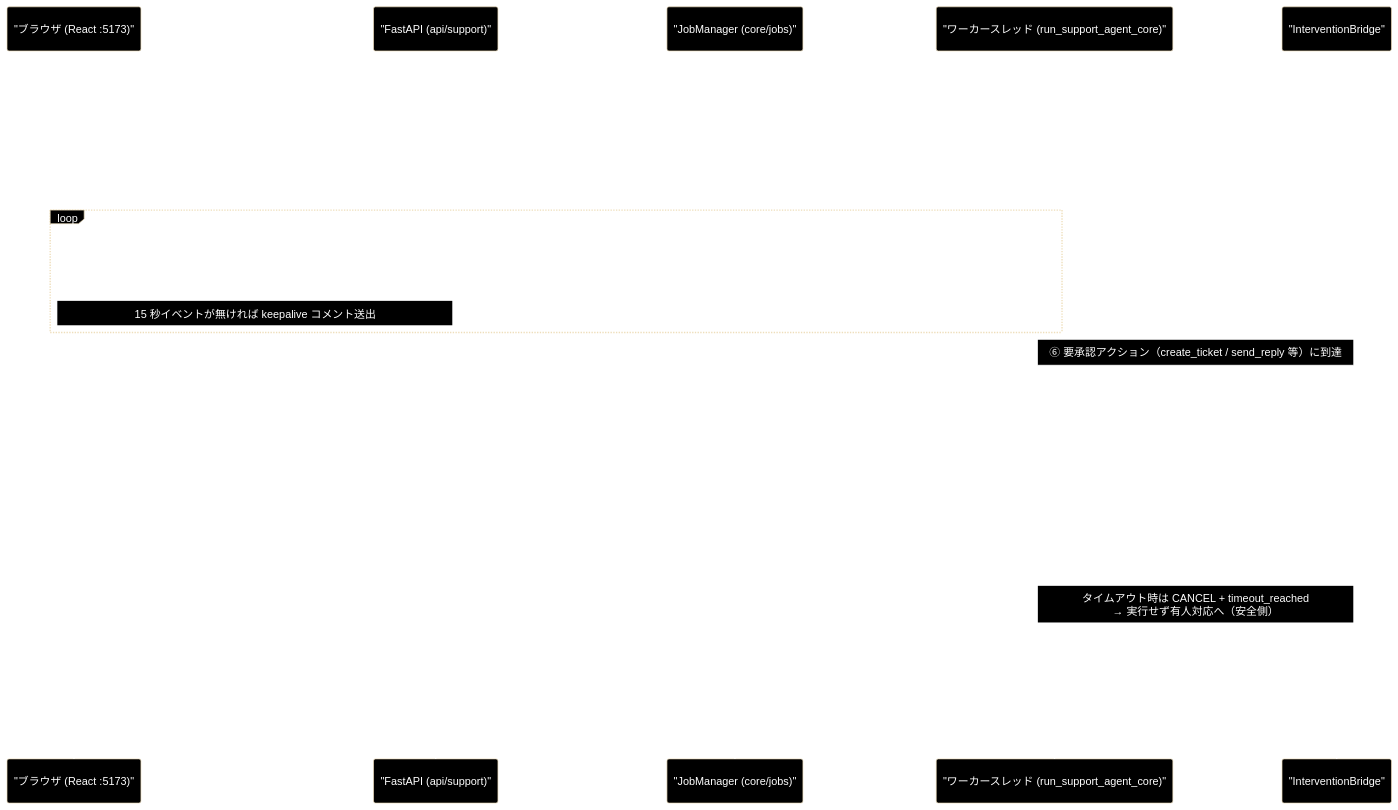
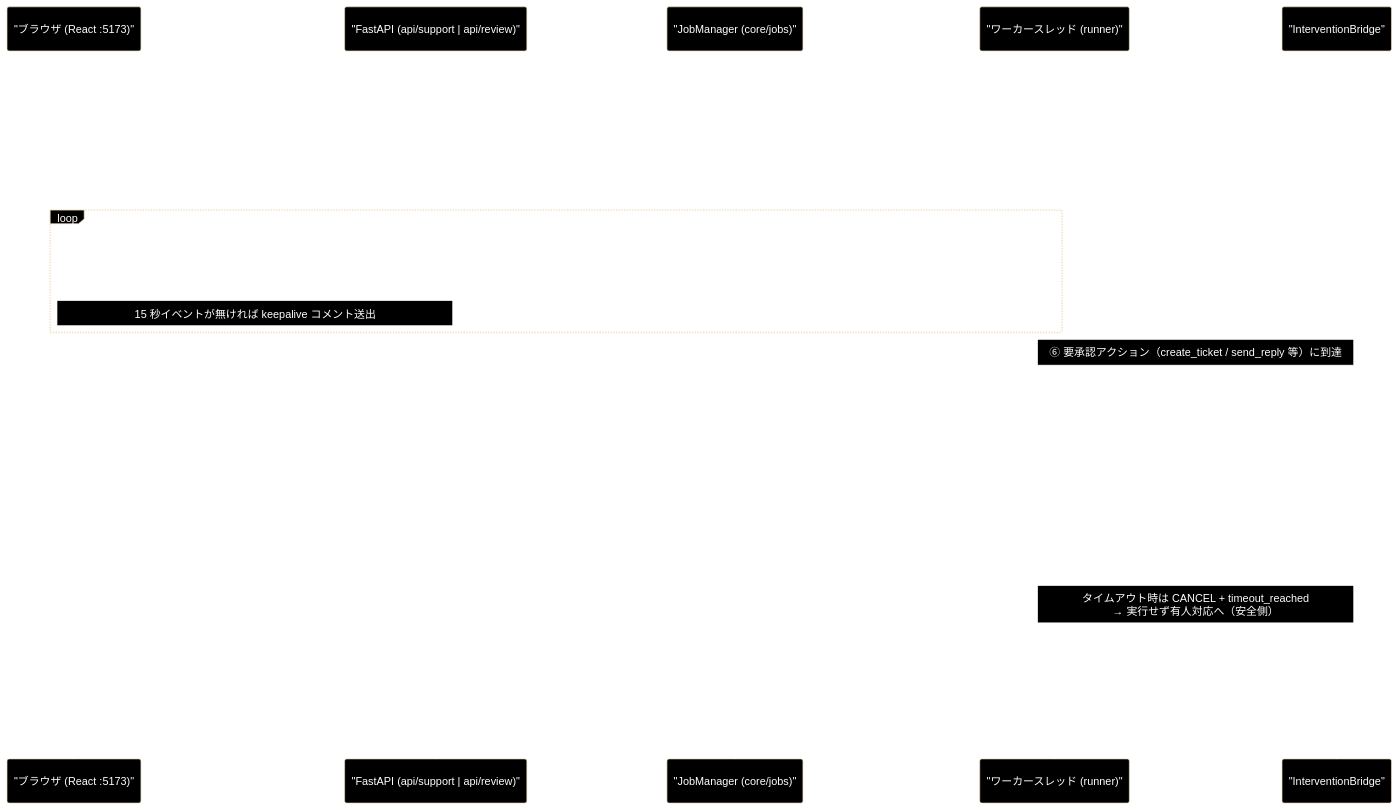
Before and after one commit to nakashima2toshio/grace_v2: the fourth of 4 diagrams in backend/docs/README.md, drawn with Mermaid. The commit also changed other lines of this file and 7 other files, not shown here.

````diff
--- a/backend/docs/README.md
+++ b/backend/docs/README.md
@@ -239,41 +393,41 @@
 ```mermaid
 %%{ init: { "theme": "base", "themeVariables": {
   "background": "#000000", "mainBkg": "#000000",
   "textColor": "#ffffff", "lineColor": "#ffffff",
   "actorBkg": "#000000", "actorTextColor": "#ffffff",
   "actorLineColor": "#ffffff", "noteBkgColor": "#000000",
   "noteTextColor": "#ffffff", "noteBorderColor": "#ffffff" } } }%%
 sequenceDiagram
     participant B as "ブラウザ (React :5173)"
-    participant A as "FastAPI (api/support)"
+    participant A as "FastAPI (api/support | api/review)"
     participant J as "JobManager (core/jobs)"
-    participant W as "ワーカースレッド (run_support_agent_core)"
+    participant W as "ワーカースレッド (runner)"
     participant BR as "InterventionBridge"
 
     B->>A: POST /api/support/query {query, vertical, ...}
-    A->>J: start(JobParams)
+    A->>J: start(JobParams) — params 型で runner を解決
     J->>W: スレッド起動（emit=job.emit, confirm=bridge.resolver）
     A-->>B: 202 Accepted {job_id, stream_url}
 
     B->>A: GET /api/support/stream/{job_id}（SSE 接続）
     loop パイプライン進行（①〜⑥）
         W->>J: emit(SupportEvent) → events に蓄積（seq, ts 付与）
         A-->>B: data: {seq, ts, type: step/log, ...}
         Note over A,B: 15 秒イベントが無ければ keepalive コメント送出
     end
 
     Note over W,BR: ⑥ 要承認アクション（create_ticket / send_reply 等）に到達
     W->>BR: resolver(request) — 応答が来るまでブロック
     BR->>J: emit(intervention, status=waiting, intervention_id)
     A-->>B: data: {type: intervention} → CONFIRM モーダル表示
     B->>A: POST /api/support/confirm/{job_id} {intervention_id, approve}
     A->>J: confirm() → bridge.resolve(intervention_id, approve)
     J-->>BR: threading.Event で応答注入
     BR-->>W: InterventionResponse（PROCEED / CANCEL）
     Note over BR,W: タイムアウト時は CANCEL + timeout_reached<br>→ 実行せず有人対応へ（安全側）
 
     W->>J: emit(result, data=SupportResult) → finish(completed)
     A-->>B: data: {type: result} → data: {type: done, status}
     B->>A: GET /api/support/result/{job_id}（ポーリング用フォールバック）
     A-->>B: {job_id, status, result: SupportResultModel}
 ```
````
